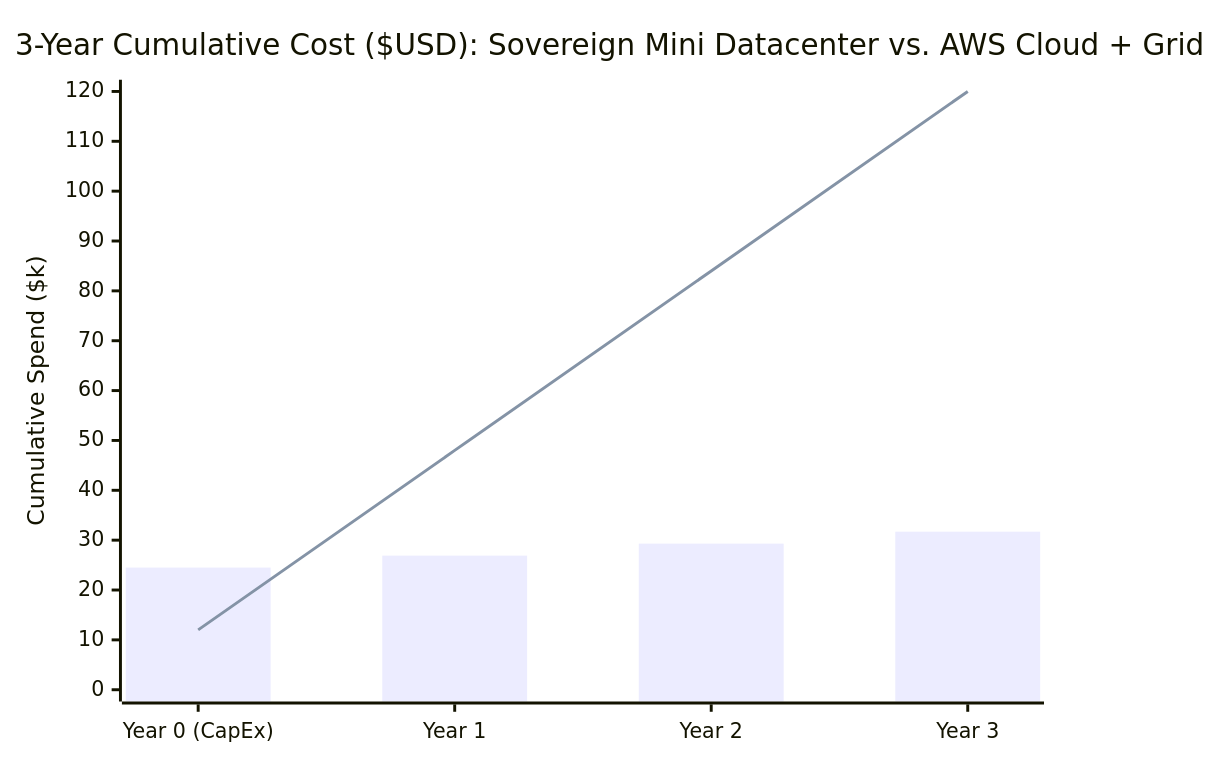
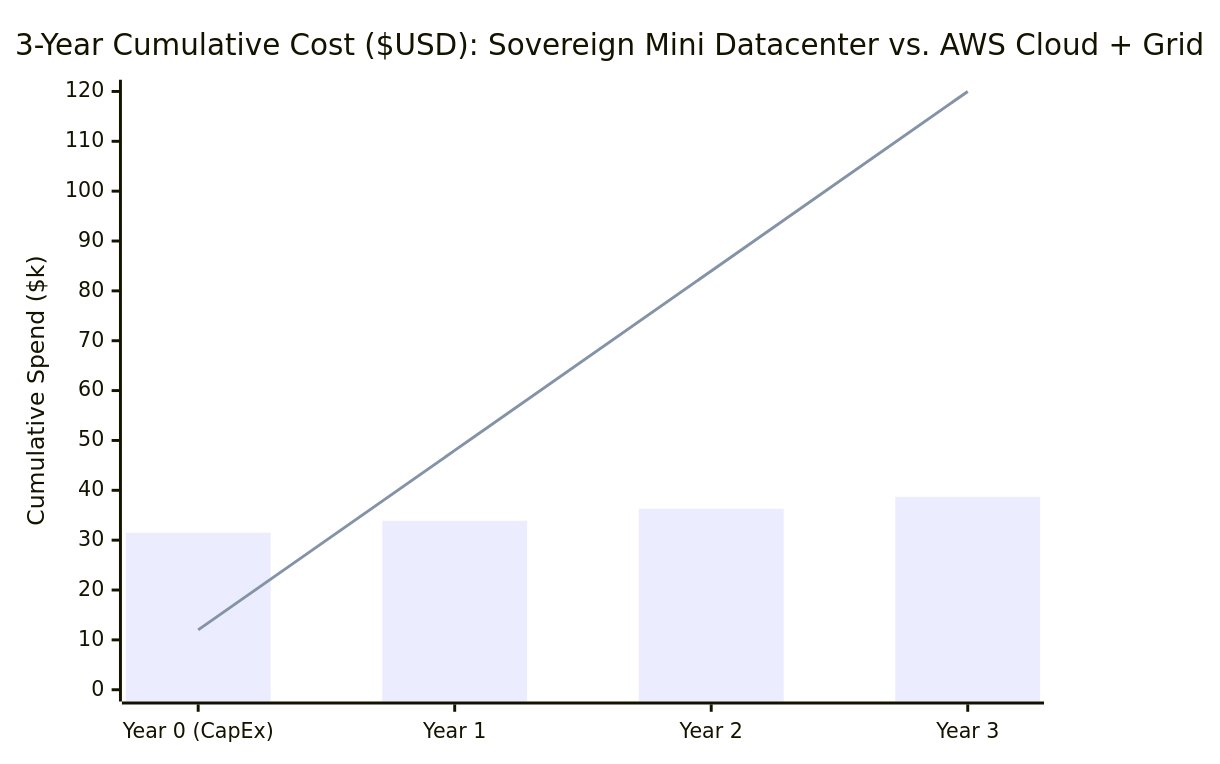
The fourth of 5 diagrams in COMMERCIALIZATION.md (iliachry/sovereign-mini-datacenter), drawn with Mermaid before and after one commit. The commit also changed other lines of this file and 12 other files, not shown here.

````diff
--- a/COMMERCIALIZATION.md
+++ b/COMMERCIALIZATION.md
@@ -101,8 +101,8 @@
 ```mermaid
 xychart-beta
     title "3-Year Cumulative Cost ($USD): Sovereign Mini Datacenter vs. AWS Cloud + Grid"
     x-axis ["Year 0 (CapEx)", "Year 1", "Year 2", "Year 3"]
     y-axis "Cumulative Spend ($k)" 0 --> 120
-    bar [24.5, 26.9, 29.3, 31.7]
+    bar [31.5, 33.9, 36.3, 38.7]
     line [12.0, 48.0, 84.0, 120.0]
 ```
````
